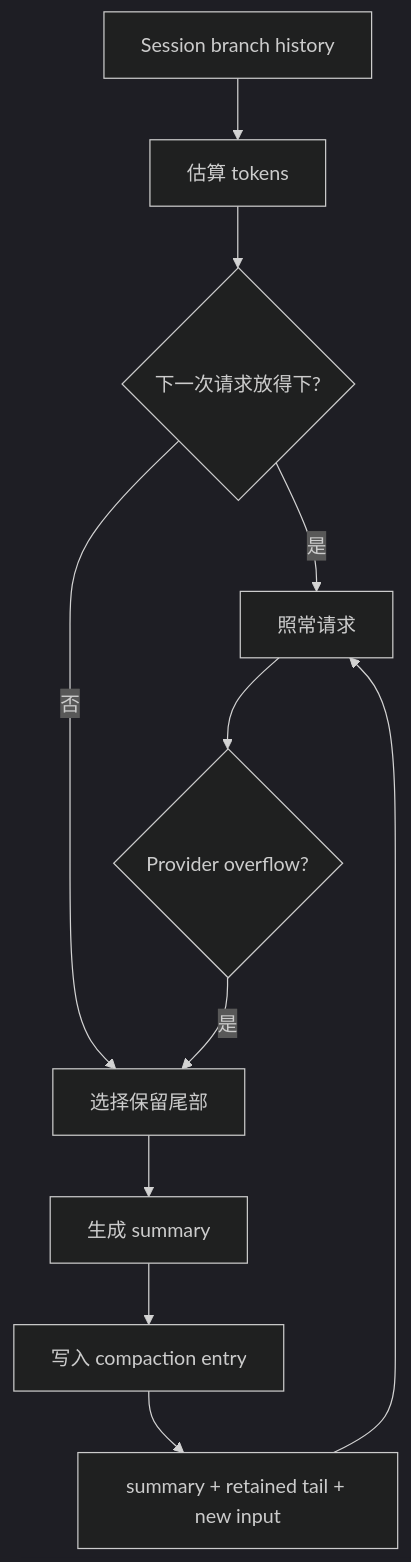
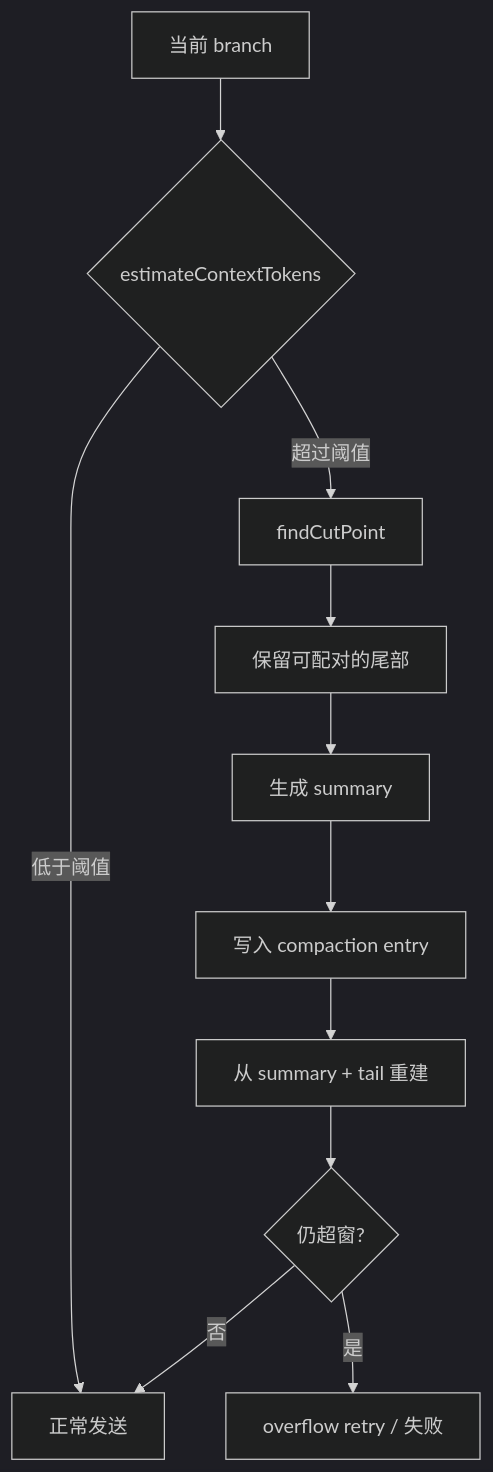
One commit to coolerks/pi-lean changed the diagram in ai-agent-learning/06-session/compaction.mdx. Above: the diagram before and after it, drawn with Mermaid (dark theme). The commit also changed other lines of this file and 135 other files, not shown here.

````diff
--- a/ai-agent-learning/06-session/compaction.mdx
+++ b/ai-agent-learning/06-session/compaction.mdx
@@ -12,13 +39,13 @@
 ```mermaid
 flowchart TD
-    H[Session branch history] --> E[估算 tokens]
-    E --> Q{下一次请求放得下?}
-    Q -->|是| R[照常请求]
-    Q -->|否| P[选择保留尾部]
-    P --> S[生成 summary]
-    S --> W[写入 compaction entry]
-    W --> N[summary + retained tail + new input]
-    N --> R
-    R --> O{Provider overflow?}
-    O -->|是| P
+    A[当前 branch] --> B{estimateContextTokens}
+    B -->|低于阈值| C[正常发送]
+    B -->|超过阈值| D[findCutPoint]
+    D --> E[保留可配对的尾部]
+    E --> F[生成 summary]
+    F --> G[写入 compaction entry]
+    G --> H[从 summary + tail 重建]
+    H --> I{仍超窗?}
+    I -->|否| C
+    I -->|是| J[overflow retry / 失败]
 ```
````
